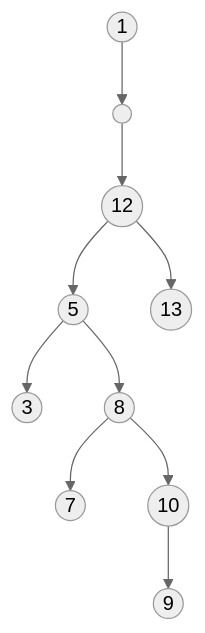
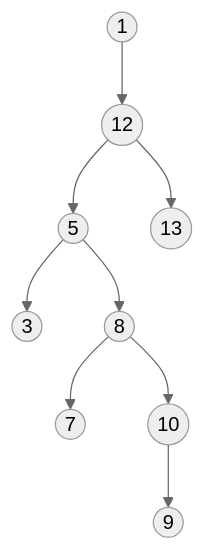
The second of 2 diagrams in topics/数据结构/BST性能分析.md (hicancan/njupt-knowledge), drawn with Mermaid (neutral theme) before and after one commit. The commit also changed other lines of this file and 1872 other files, not shown here.

````diff
--- a/topics/数据结构/BST性能分析.md
+++ b/topics/数据结构/BST性能分析.md
@@ -53,12 +53,11 @@
 ```mermaid
 flowchart TD
-    R((1)) --> R2((" "))
-    R2 --> N12((12))
+    R((1)) --> N12((12))
     N12 --> N5((5))
     N12 --> N13((13))
     N5 --> N3((3))
     N5 --> N8((8))
     N8 --> N7((7))
     N8 --> N10((10))
     N10 --> N9((9))
 ```
````
